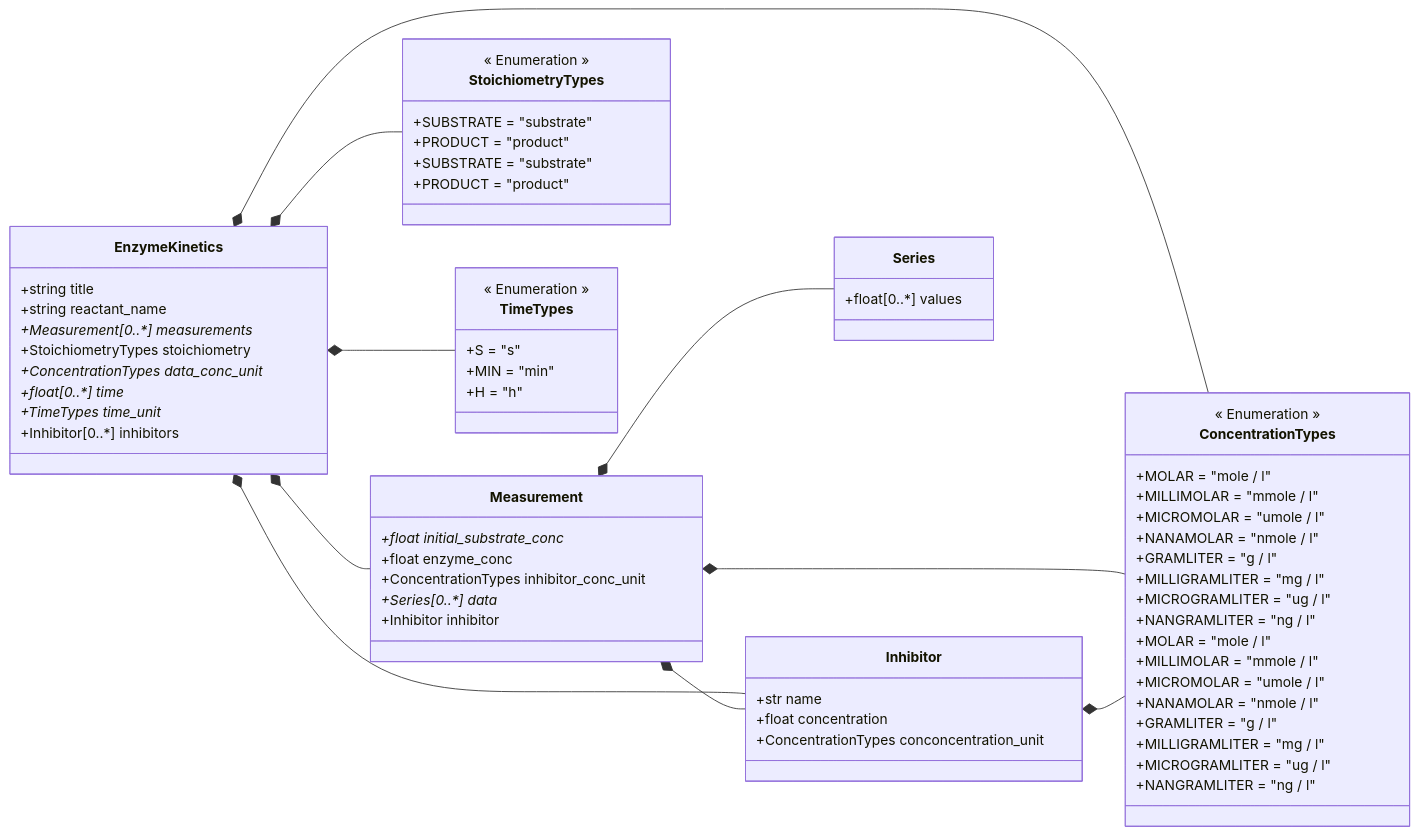
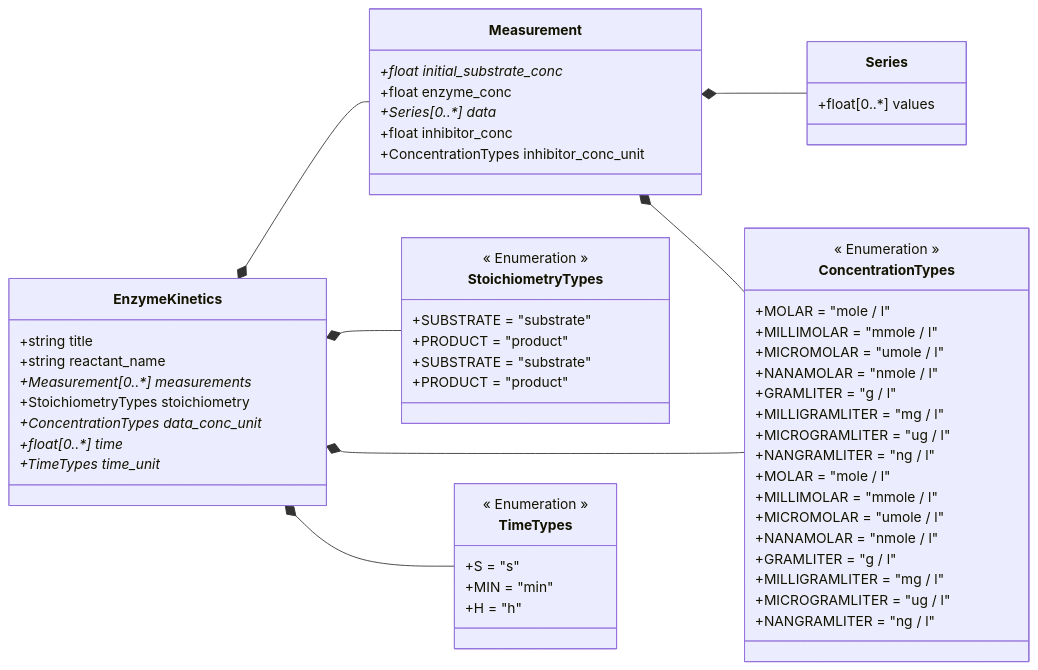
One commit to FAIRChemistry/EnzymePynetics changed the diagram in EnzymeKinetics/schemes/EnzymeKineticsDatamodel.md. Above: the diagram before and after it, drawn with Mermaid. The commit also changed 4 other files, not shown here.

```diff
--- a/EnzymeKinetics/schemes/EnzymeKineticsDatamodel.md
+++ b/EnzymeKinetics/schemes/EnzymeKineticsDatamodel.md
@@ -5,11 +5,8 @@
     EnzymeKinetics *-- StoichiometryTypes
     EnzymeKinetics *-- ConcentrationTypes
     EnzymeKinetics *-- TimeTypes
-    EnzymeKinetics *-- Inhibitor
+    Measurement *-- Series
     Measurement *-- ConcentrationTypes
-    Measurement *-- Series
-    Measurement *-- Inhibitor
-    Inhibitor *-- ConcentrationTypes
     
     class EnzymeKinetics {
         +string title
@@ -19,21 +16,14 @@
         +ConcentrationTypes data_conc_unit*
         +float[0..*] time*
         +TimeTypes time_unit*
-        +Inhibitor[0..*] inhibitors
     }
     
     class Measurement {
         +float initial_substrate_conc*
         +float enzyme_conc
+        +Series[0..*] data*
+        +float inhibitor_conc
         +ConcentrationTypes inhibitor_conc_unit
-        +Series[0..*] data*
-        +Inhibitor inhibitor
-    }
-    
-    class Inhibitor {
-        +str name
-        +float concentration
-        +ConcentrationTypes conconcentration_unit
     }
     
     class Series {
```
